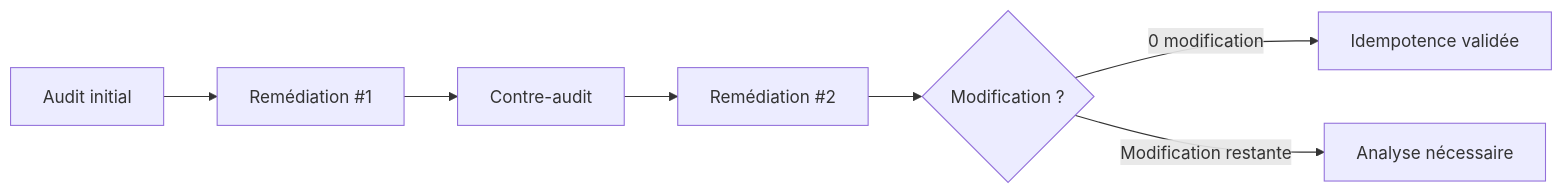
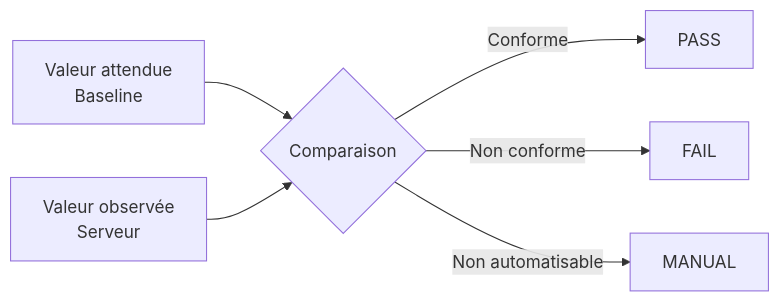
Before and after one commit to Hukago7/debian13-nginx-compliance: the second of 5 diagrams in docs/strategy.md, drawn with Mermaid. The commit also changed other lines of this file and 1 other file, not shown here.

````diff
--- a/docs/strategy.md
+++ b/docs/strategy.md
@@ -235,11 +228,17 @@
 ```mermaid
 flowchart LR
+    A["Valeur attendue<br/>Baseline"]
+    C{"Comparaison"}
+    B["Valeur observée<br/>Serveur"]
 
-    A["Audit initial"] --> B["Remédiation #1"]
-    B --> C["Contre-audit"]
-    C --> D["Remédiation #2"]
-    D --> E{"Modification ?"}
+    D["PASS"]
+    E["FAIL"]
+    F["MANUAL"]
 
-    E -->|"0 modification"| F["Idempotence validée"]
-    E -->|"Modification restante"| G["Analyse nécessaire"]
+    A --> C
+    B --> C
+
+    C -->|"Conforme"| D
+    C -->|"Non conforme"| E
+    C -->|"Non automatisable"| F
 ```
````
